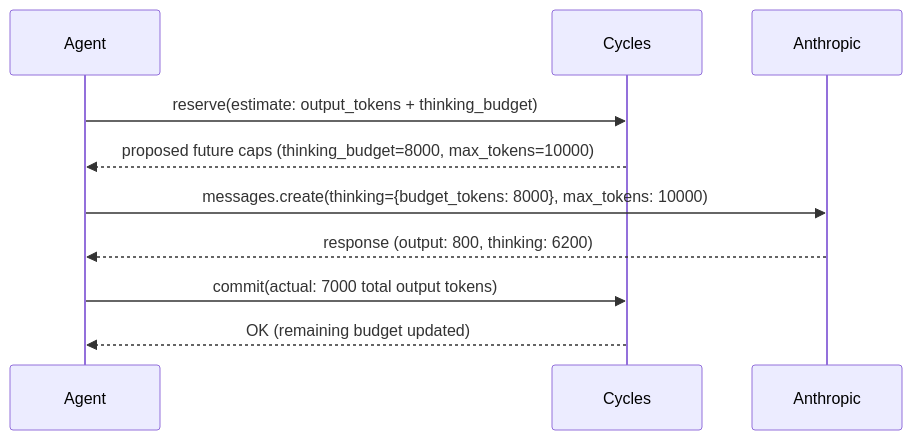
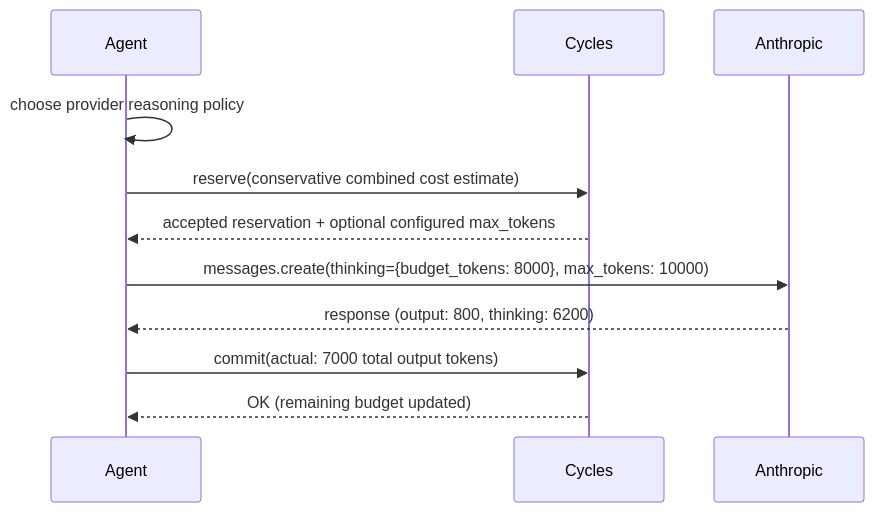
One commit to runcycles/cycles-docs changed the diagram in blog/budgeting-reasoning-tokens-governing-extended-thinking-before-it-bills.md. Above: the diagram before and after it, drawn with Mermaid. The commit also changed other lines of this file and 180 other files, not shown here.

````diff
--- a/blog/budgeting-reasoning-tokens-governing-extended-thinking-before-it-bills.md
+++ b/blog/budgeting-reasoning-tokens-governing-extended-thinking-before-it-bills.md
@@ -52,13 +52,14 @@
 ```mermaid
 sequenceDiagram
     participant Agent
     participant Cycles
     participant Anthropic
 
-    Agent->>Cycles: reserve(estimate: output_tokens + thinking_budget)
-    Cycles-->>Agent: proposed future caps (thinking_budget=8000, max_tokens=10000)
+    Agent->>Agent: choose provider reasoning policy
+    Agent->>Cycles: reserve(conservative combined cost estimate)
+    Cycles-->>Agent: accepted reservation + optional configured max_tokens
     Agent->>Anthropic: messages.create(thinking={budget_tokens: 8000}, max_tokens: 10000)
     Anthropic-->>Agent: response (output: 800, thinking: 6200)
     Agent->>Cycles: commit(actual: 7000 total output tokens)
     Cycles-->>Agent: OK (remaining budget updated)
 ```
````
